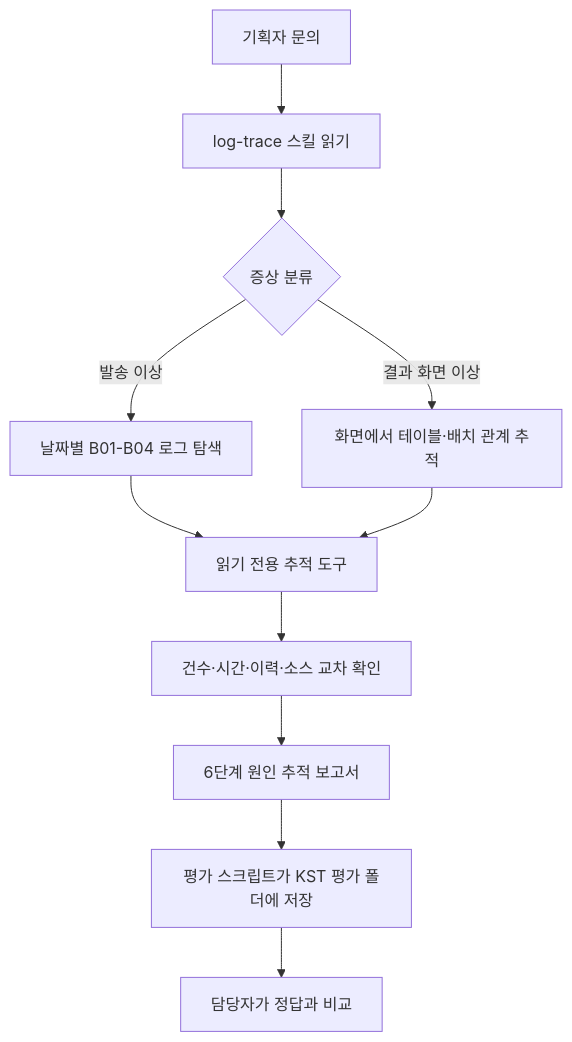
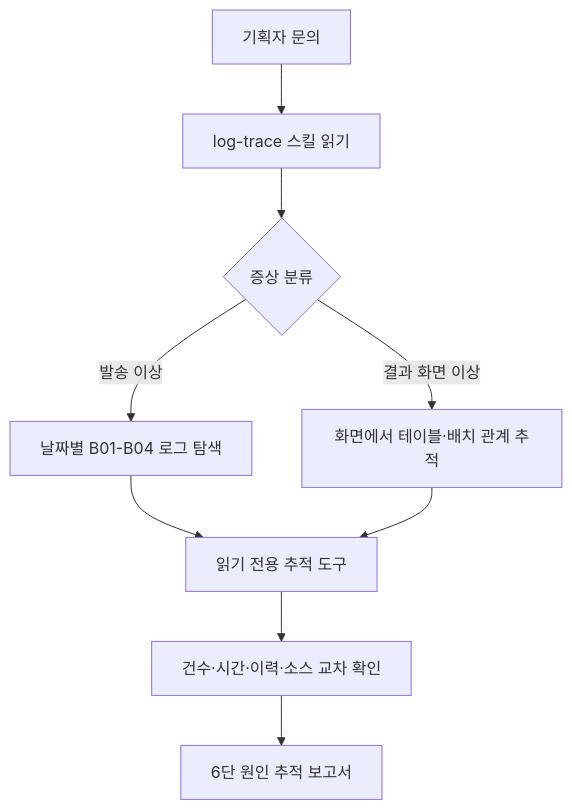
Before and after one commit to yejirhdwn/Agent-Build-and-Evaluation-Practice: the first of 2 diagrams in README.md, drawn with Mermaid. The commit also changed other lines of this file and 51 other files, not shown here.

````diff
--- a/README.md
+++ b/README.md
@@ -11,13 +17,11 @@
 ```mermaid
 flowchart TD
     Q[기획자 문의] --> S[log-trace 스킬 읽기]
     S --> C{증상 분류}
     C -->|발송 이상| L[날짜별 B01-B04 로그 탐색]
     C -->|결과 화면 이상| R[화면에서 테이블·배치 관계 추적]
     L --> T[읽기 전용 추적 도구]
     R --> T
     T --> X[건수·시간·이력·소스 교차 확인]
-    X --> O[6단계 원인 추적 보고서]
-    O --> W[평가 스크립트가 KST 평가 폴더에 저장]
-    W --> H[담당자가 정답과 비교]
+    X --> O[6단 원인 추적 보고서]
 ```
````
